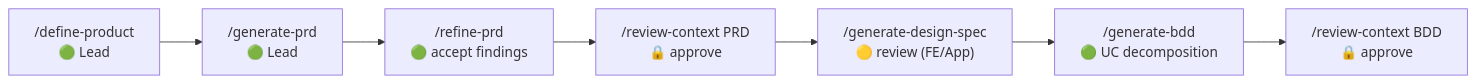
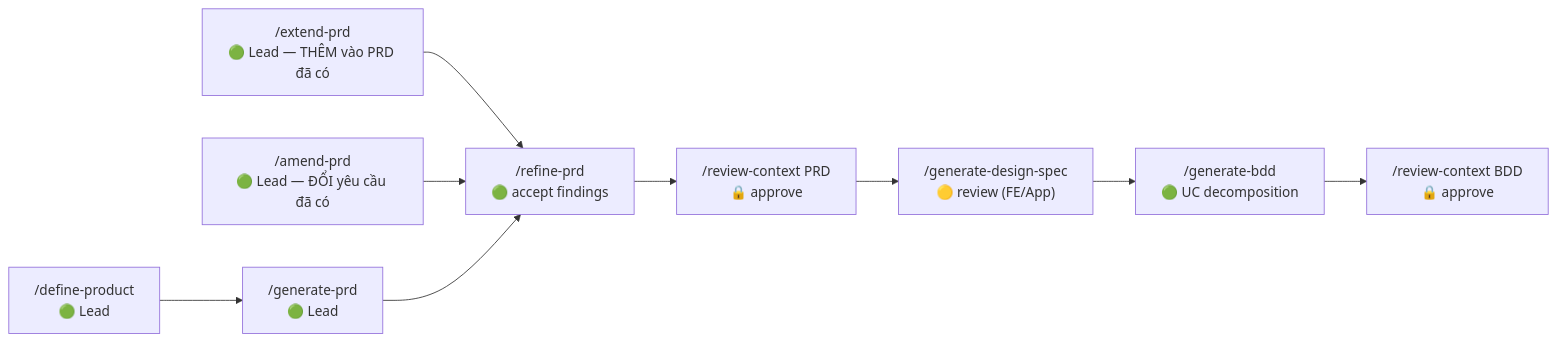
The diagram in 03-guides/product-owner.md (duclm2/sdd-guide), drawn with Mermaid before and after one commit. The commit also changed other lines of this file and 55 other files, not shown here.

````diff
--- a/03-guides/product-owner.md
+++ b/03-guides/product-owner.md
@@ -11,9 +11,11 @@
 ```mermaid
 flowchart LR
     A["/define-product<br/>🟢 Lead"] --> B["/generate-prd<br/>🟢 Lead"]
+    B2["/extend-prd<br/>🟢 Lead — THÊM vào PRD đã có"] --> C
+    B3["/amend-prd<br/>🟢 Lead — ĐỔI yêu cầu đã có"] --> C
     B --> C["/refine-prd<br/>🟢 accept findings"]
     C --> D["/review-context PRD<br/>🔒 approve"]
     D --> E["/generate-design-spec<br/>🟡 review (FE/App)"]
     E --> F["/generate-bdd<br/>🟢 UC decomposition"]
     F --> G["/review-context BDD<br/>🔒 approve"]
 ```
````
